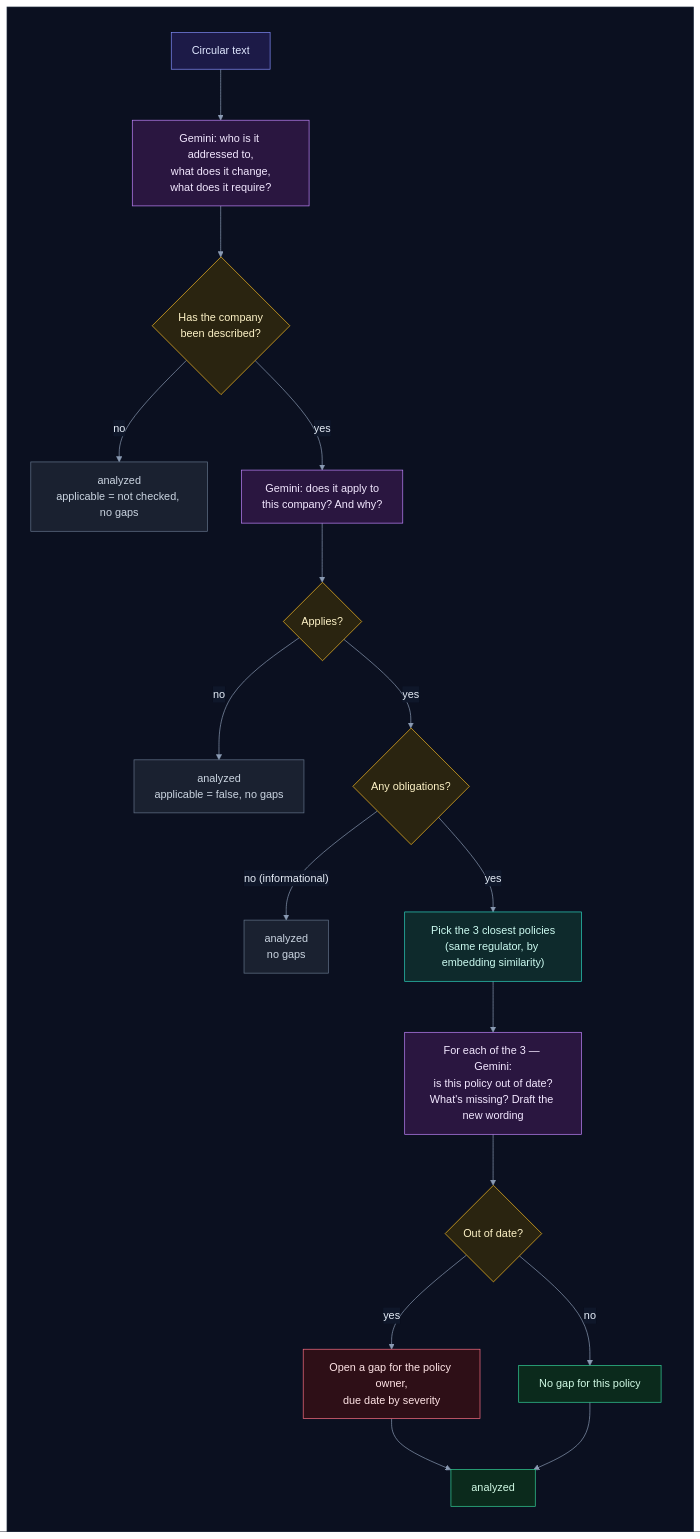
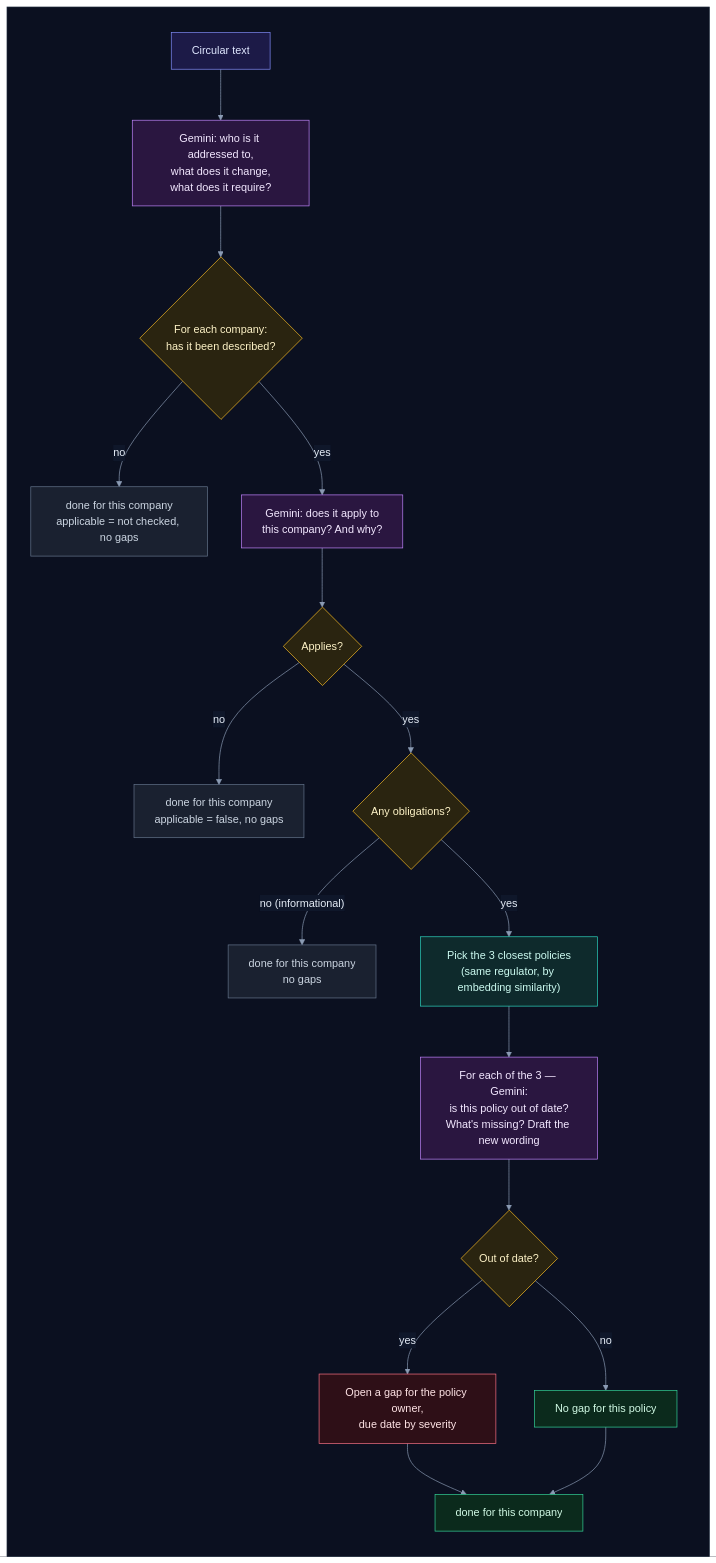
One commit to selvakumarperumal/Regulatory_Circular_Impact_Agent changed the ninth of 22 diagrams in how_it_works.md. Above: the diagram before and after it, drawn with Mermaid. The commit also changed other lines of this file and 8 other files, not shown here.

````diff
--- a/how_it_works.md
+++ b/how_it_works.md
@@ -825,40 +620,40 @@
 ```mermaid
 %%{init: {"theme": "base", "flowchart": {"diagramPadding": 0}, "themeVariables": {"darkMode": true, "primaryColor": "#16213a", "primaryTextColor": "#e6edf7", "primaryBorderColor": "#475a7a", "lineColor": "#8b9bb4", "secondaryColor": "#1b2436", "tertiaryColor": "#101a2e", "edgeLabelBackground": "#0f172a", "textColor": "#e2e8f0", "clusterBkg": "#0f1728", "clusterBorder": "#2b3a55", "titleColor": "#c4b5fd", "nodeTextColor": "#e6edf7"}}}%%
 flowchart TD
     subgraph canvas[" "]
         direction TB
         text["Circular text"] --> q1["Gemini: who is it addressed to,<br/>what does it change,<br/>what does it require?"]
-        q1 --> described{"Has the company<br/>been described?"}
-        described -->|no| doneUnknown["analyzed<br/>applicable = not checked, no gaps"]
+        q1 --> described{"For each company:<br/>has it been described?"}
+        described -->|no| doneUnknown["done for this company<br/>applicable = not checked, no gaps"]
         described -->|yes| q2["Gemini: does it apply to<br/>this company? And why?"]
         q2 --> applies{"Applies?"}
-        applies -->|no| doneNo["analyzed<br/>applicable = false, no gaps"]
+        applies -->|no| doneNo["done for this company<br/>applicable = false, no gaps"]
         applies -->|yes| anyReq{"Any obligations?"}
-        anyReq -->|"no (informational)"| doneInfo["analyzed<br/>no gaps"]
+        anyReq -->|"no (informational)"| doneInfo["done for this company<br/>no gaps"]
         anyReq -->|yes| match["Pick the 3 closest policies<br/>(same regulator, by embedding similarity)"]
         match --> q3["For each of the 3 — Gemini:<br/>is this policy out of date?<br/>What's missing? Draft the new wording"]
         q3 --> impacted{"Out of date?"}
         impacted -->|yes| gap["Open a gap for the policy owner,<br/>due date by severity"]
         impacted -->|no| ok["No gap for this policy"]
-        gap --> done["analyzed"]
+        gap --> done["done for this company"]
         ok --> done
     end
 
     classDef svc fill:#0e2a2c,stroke:#2dd4bf,color:#ccfbf1
     classDef data fill:#1c1a47,stroke:#818cf8,color:#e0e7ff
     classDef ext fill:#2a1640,stroke:#c084fc,color:#f3e8ff
     classDef gpu fill:#2d1b0c,stroke:#fb923c,color:#ffedd5
     classDef ask fill:#2a2410,stroke:#fbbf24,color:#fef3c7
     classDef ok fill:#0b2a1c,stroke:#34d399,color:#d1fae5
     classDef bad fill:#2e0f17,stroke:#fb7185,color:#ffe4e6
     classDef start fill:#1c2a0e,stroke:#a7ef6f,color:#ecfccb
     classDef muted fill:#1a2130,stroke:#64748b,color:#cbd5e1
     class text data
     class q1,q2,q3 ext
     class described,applies,anyReq,impacted ask
     class doneUnknown,doneNo,doneInfo muted
     class match svc
     class gap bad
     class ok,done ok
     style canvas fill:#0b1020,stroke:#1e293b,color:#0b1020
 ```
````
